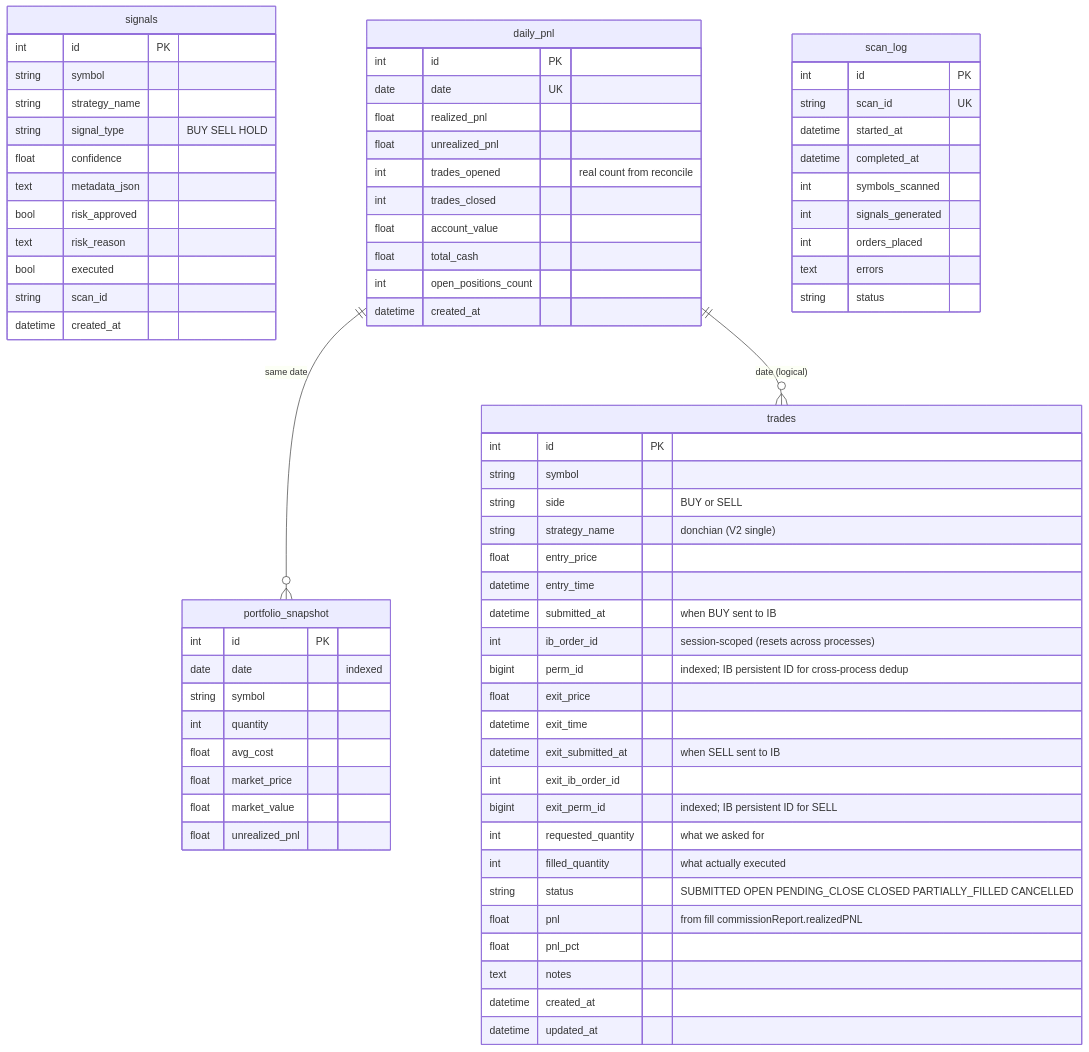
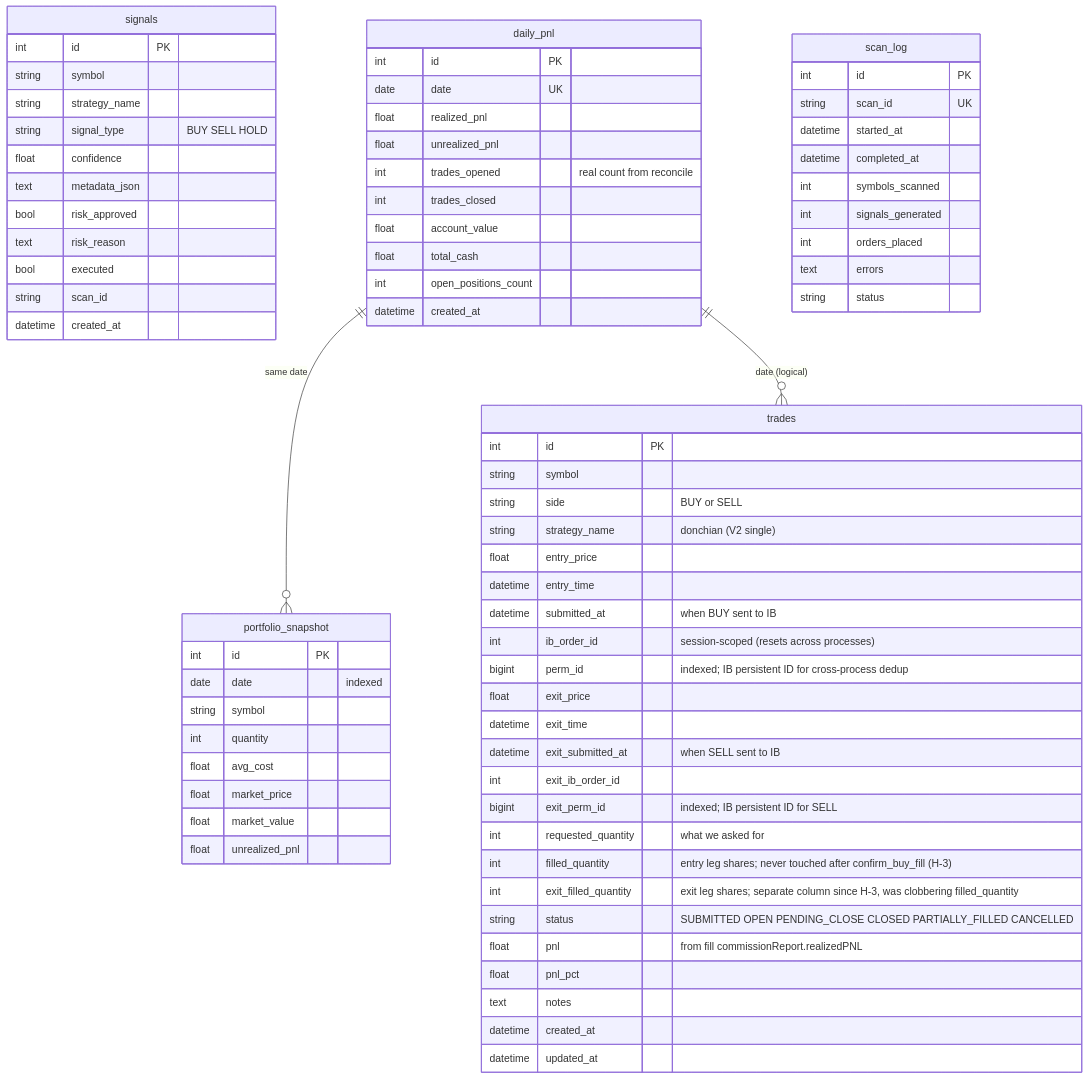
One commit to blackjek23/vibe_trade changed the fourth of 4 diagrams in PROJECT_MAP.md. Above: the diagram before and after it, drawn with Mermaid. The commit also changed other lines of this file and 12 other files, not shown here.

````diff
--- a/PROJECT_MAP.md
+++ b/PROJECT_MAP.md
@@ -247,80 +263,81 @@
 ```mermaid
 erDiagram
     trades {
         int id PK
         string symbol
         string side "BUY or SELL"
         string strategy_name "donchian (V2 single)"
         float entry_price
         datetime entry_time
         datetime submitted_at "when BUY sent to IB"
         int ib_order_id "session-scoped (resets across processes)"
         bigint perm_id "indexed; IB persistent ID for cross-process dedup"
         float exit_price
         datetime exit_time
         datetime exit_submitted_at "when SELL sent to IB"
         int exit_ib_order_id
         bigint exit_perm_id "indexed; IB persistent ID for SELL"
         int requested_quantity "what we asked for"
-        int filled_quantity "what actually executed"
+        int filled_quantity "entry leg shares; never touched after confirm_buy_fill (H-3)"
+        int exit_filled_quantity "exit leg shares; separate column since H-3, was clobbering filled_quantity"
         string status "SUBMITTED OPEN PENDING_CLOSE CLOSED PARTIALLY_FILLED CANCELLED"
         float pnl "from fill commissionReport.realizedPNL"
         float pnl_pct
         text notes
         datetime created_at
         datetime updated_at
     }
 
     signals {
         int id PK
         string symbol
         string strategy_name
         string signal_type "BUY SELL HOLD"
         float confidence
         text metadata_json
         bool risk_approved
         text risk_reason
         bool executed
         string scan_id
         datetime created_at
     }
 
     daily_pnl {
         int id PK
         date date UK
         float realized_pnl
         float unrealized_pnl
         int trades_opened "real count from reconcile"
         int trades_closed
         float account_value
         float total_cash
         int open_positions_count
         datetime created_at
     }
 
     portfolio_snapshot {
         int id PK
         date date "indexed"
         string symbol
         int quantity
         float avg_cost
         float market_price
         float market_value
         float unrealized_pnl
     }
 
     scan_log {
         int id PK
         string scan_id UK
         datetime started_at
         datetime completed_at
         int symbols_scanned
         int signals_generated
         int orders_placed
         text errors
         string status
     }
 
     daily_pnl ||--o{ portfolio_snapshot : "same date"
     daily_pnl ||--o{ trades : "date (logical)"
 ```
````
